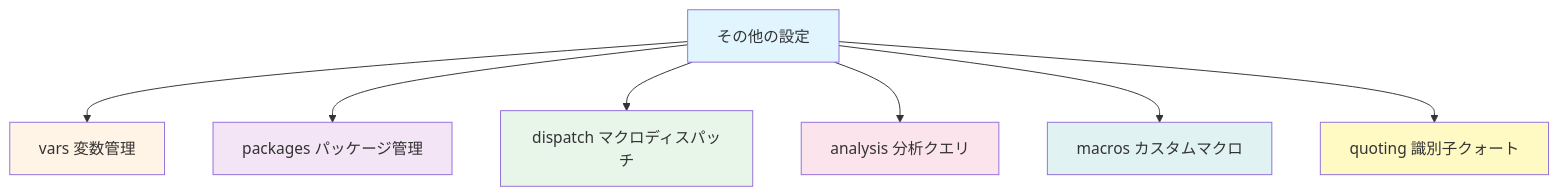
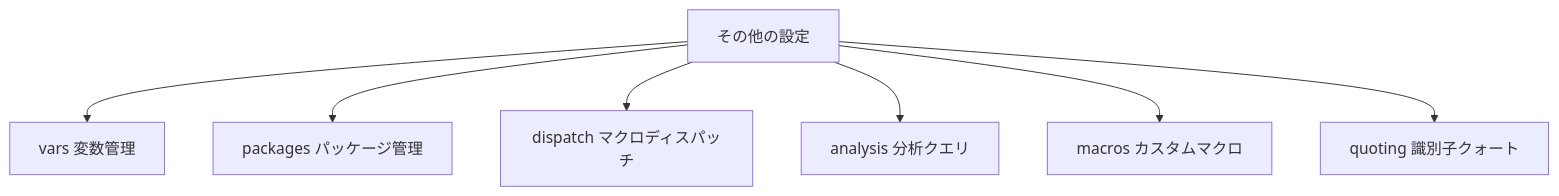
Before and after one commit to 1210yuichi0/1210yuichi0.github.io: the first of 11 diagrams in content/Tech/dbt/categories/other-config.md, drawn with Mermaid. The commit also changed other lines of this file and 22 other files, not shown here.

First line of the commit message:
style: remove Mermaid style directives for dark mode compatibility

````diff
--- a/content/Tech/dbt/categories/other-config.md
+++ b/content/Tech/dbt/categories/other-config.md
@@ -31,17 +31,10 @@
 ```mermaid
 graph TB
     A[その他の設定] --> B[vars 変数管理]
     A --> C[packages パッケージ管理]
     A --> D[dispatch マクロディスパッチ]
     A --> E[analysis 分析クエリ]
     A --> F[macros カスタムマクロ]
     A --> G[quoting 識別子クォート]
 
-    style A fill:#e1f5ff
-    style B fill:#fff4e6
-    style C fill:#f3e5f5
-    style D fill:#e8f5e9
-    style E fill:#fce4ec
-    style F fill:#e0f2f1
-    style G fill:#fff9c4
 ```
````
